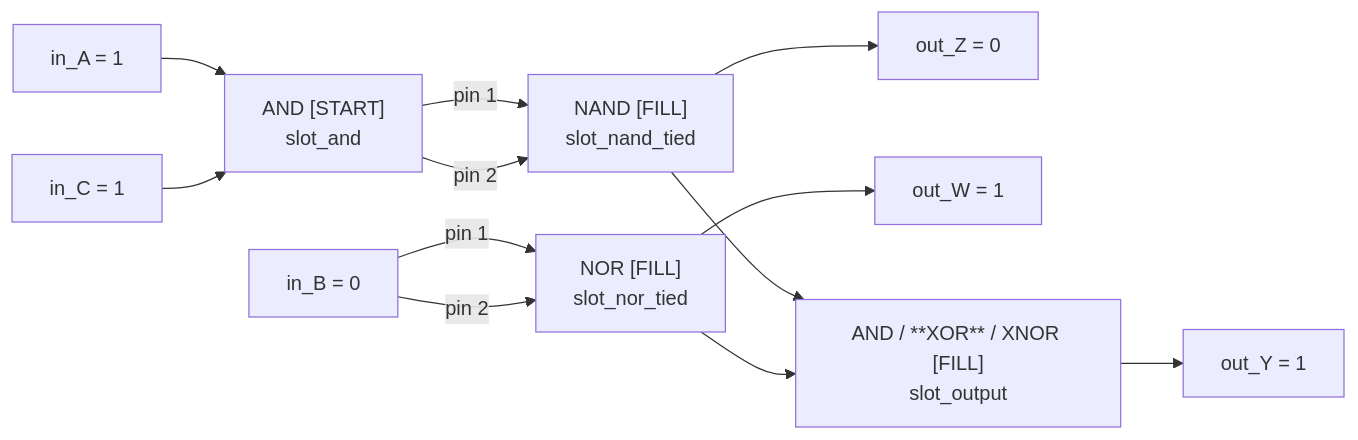
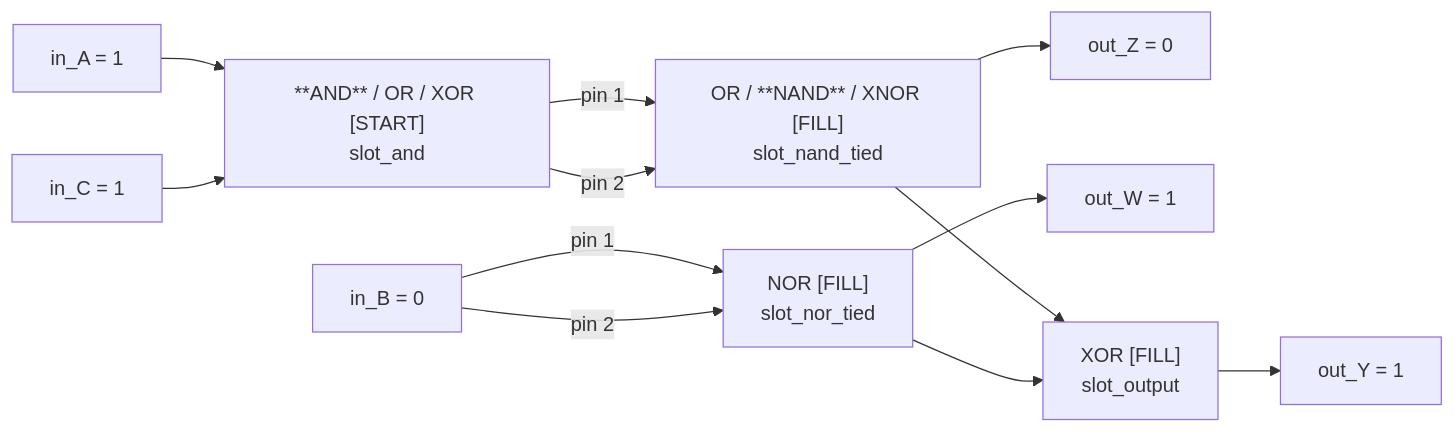
Before and after one commit to zardab/cse110-team25: the seventh of 10 diagrams in docs/level-diagrams.md, drawn with Mermaid. The commit also changed other lines of this file and 12 other files, not shown here.

````diff
--- a/docs/level-diagrams.md
+++ b/docs/level-diagrams.md
@@ -146,14 +147,14 @@
 ```mermaid
 flowchart LR
-  inA["in_A = 1"] --> and["AND [START]\nslot_and"]
+  inA["in_A = 1"] --> and["**AND** / OR / XOR [START]\nslot_and"]
   inC["in_C = 1"] --> and
-  and -- "pin 1" --> nand["NAND [FILL]\nslot_nand_tied"]
+  and -- "pin 1" --> nand["OR / **NAND** / XNOR [FILL]\nslot_nand_tied"]
   and -- "pin 2" --> nand
   nand --> nandOut["out_Z = 0"]
   inB["in_B = 0"] -- "pin 1" --> nor["NOR [FILL]\nslot_nor_tied"]
   inB -- "pin 2" --> nor
   nor --> norOut["out_W = 1"]
-  nand --> output["AND / **XOR** / XNOR [FILL]\nslot_output"]
+  nand --> output["XOR [FILL]\nslot_output"]
   nor --> output
   output --> out["out_Y = 1"]
 ```
````
